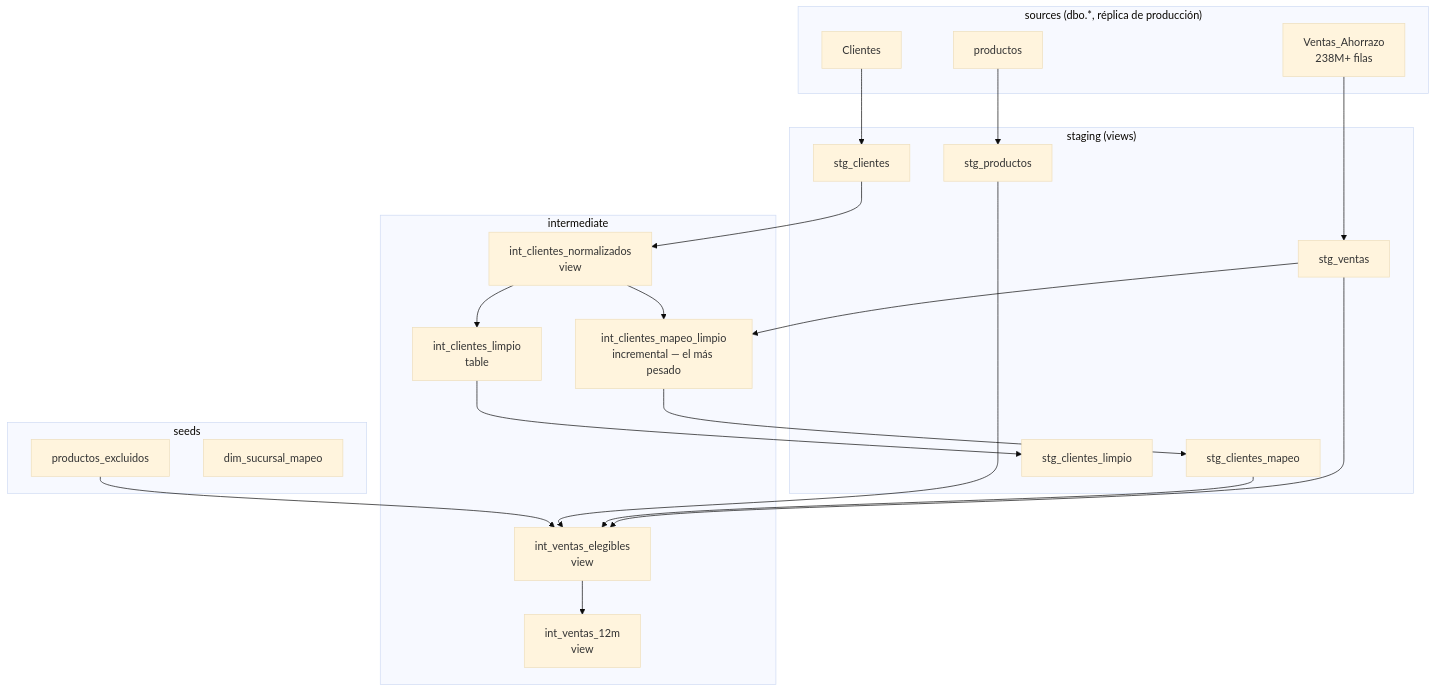
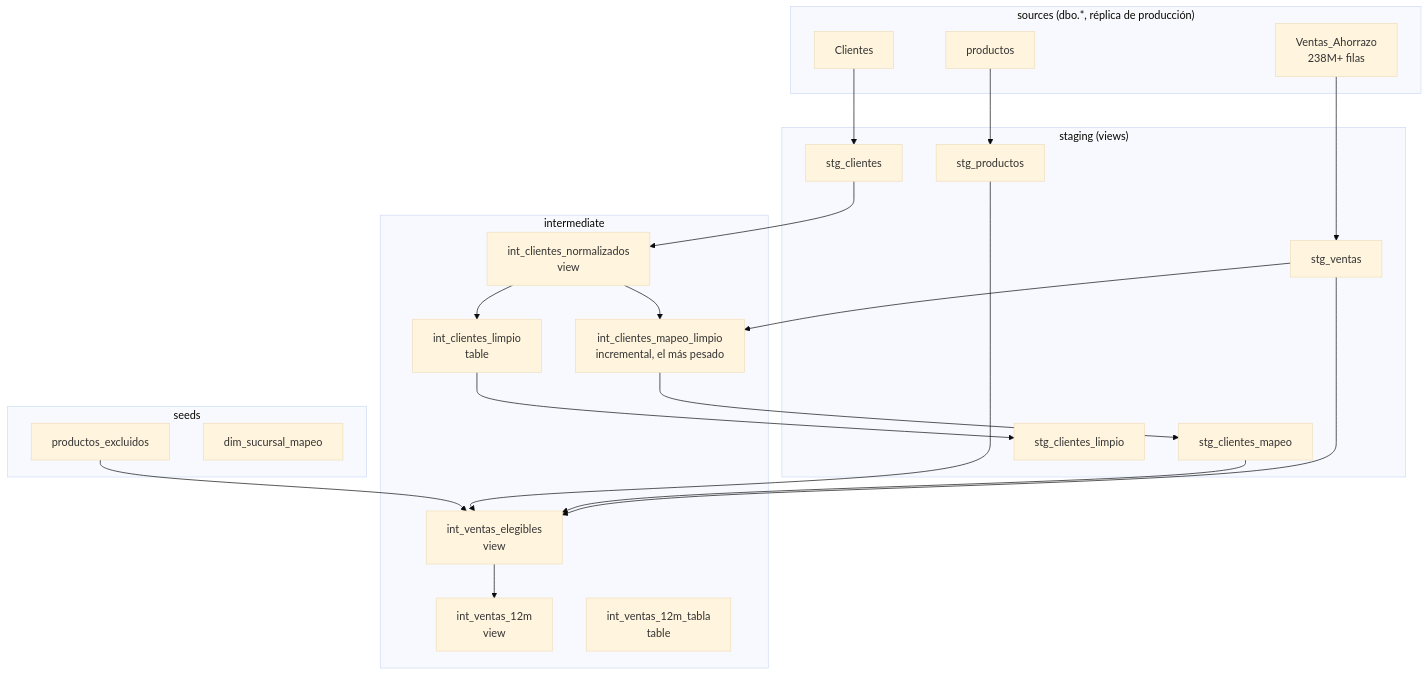
The first of 5 diagrams in ARQUITECTURA.md (adrian-dato/dbt-ahorrazo), drawn with Mermaid (base theme) before and after one commit. The commit also changed other lines of this file and 6 other files, not shown here.

````diff
--- a/ARQUITECTURA.md
+++ b/ARQUITECTURA.md
@@ -79,47 +96,48 @@
 ```mermaid
 graph TD
     subgraph SRC["sources (dbo.*, réplica de producción)"]
         SRC_VENTAS[Ventas_Ahorrazo<br/>238M+ filas]
         SRC_PROD[productos]
         SRC_CLI[Clientes]
     end
 
     subgraph SEEDS["seeds"]
         SEED_EXCL[productos_excluidos]
         SEED_SUC[dim_sucursal_mapeo]
     end
 
     subgraph STG["staging (views)"]
         STG_VENTAS[stg_ventas]
         STG_PROD[stg_productos]
         STG_CLI[stg_clientes]
         STG_MAPEO[stg_clientes_mapeo]
         STG_LIMPIO[stg_clientes_limpio]
     end
 
     subgraph INT["intermediate"]
         INT_NORM[int_clientes_normalizados<br/>view]
-        INT_MAPEO[int_clientes_mapeo_limpio<br/>incremental — el más pesado]
+        INT_MAPEO[int_clientes_mapeo_limpio<br/>incremental, el más pesado]
         INT_LIMPIO[int_clientes_limpio<br/>table]
         INT_ELEG[int_ventas_elegibles<br/>view]
         INT_12M[int_ventas_12m<br/>view]
+        INT_12M_T[int_ventas_12m_tabla<br/>table]
     end
 
     SRC_VENTAS --> STG_VENTAS
     SRC_PROD --> STG_PROD
     SRC_CLI --> STG_CLI
 
     STG_CLI --> INT_NORM
     INT_NORM --> INT_MAPEO
     STG_VENTAS --> INT_MAPEO
     INT_NORM --> INT_LIMPIO
     INT_MAPEO --> STG_MAPEO
     INT_LIMPIO --> STG_LIMPIO
 
     STG_VENTAS --> INT_ELEG
     STG_MAPEO --> INT_ELEG
     STG_PROD --> INT_ELEG
     SEED_EXCL --> INT_ELEG
 
     INT_ELEG --> INT_12M
 ```
````
